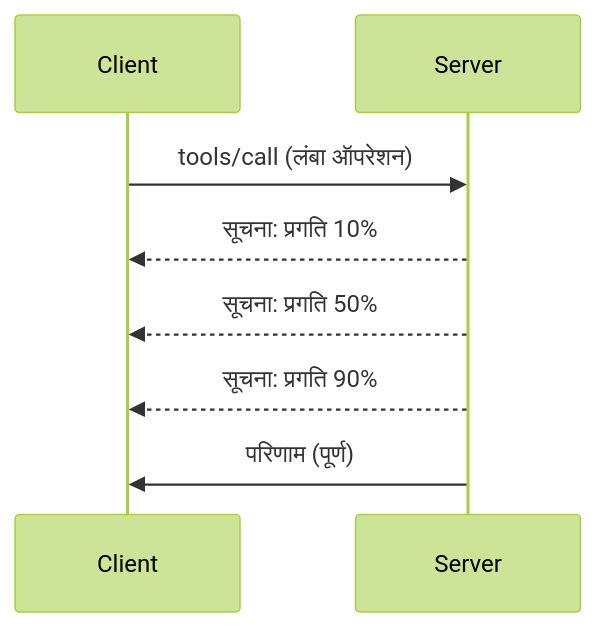
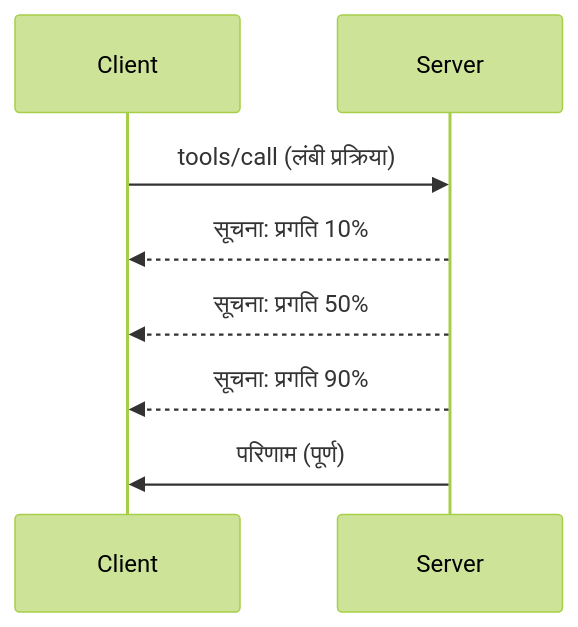
Before and after one commit to HIDORAKAI002/ai-workspace-archive: the diagram in mcp_ecosystem__model_context_protocol/mcp_learning_resources/mcp-for-beginners/translations/hi/05-AdvancedTopics/mcp-protocol-features/README.md, drawn with Mermaid (forest theme). The commit also changed other lines of this file and 1046 other files, not shown here.

````diff
--- a/mcp_ecosystem__model_context_protocol/mcp_learning_resources/mcp-for-beginners/translations/hi/05-AdvancedTopics/mcp-protocol-features/README.md
+++ b/mcp_ecosystem__model_context_protocol/mcp_learning_resources/mcp-for-beginners/translations/hi/05-AdvancedTopics/mcp-protocol-features/README.md
@@ -22,11 +24,11 @@
 ```mermaid
 sequenceDiagram
     participant Client
     participant Server
     
-    Client->>Server: tools/call (लंबा ऑपरेशन)
+    Client->>Server: tools/call (लंबी प्रक्रिया)
     Server-->>Client: सूचना: प्रगति 10%
     Server-->>Client: सूचना: प्रगति 50%
     Server-->>Client: सूचना: प्रगति 90%
     Server->>Client: परिणाम (पूर्ण)
 ```
````
